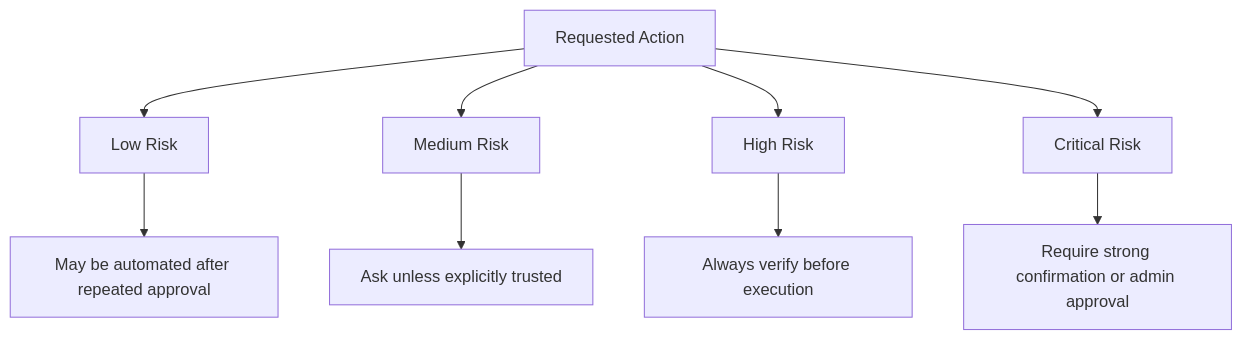
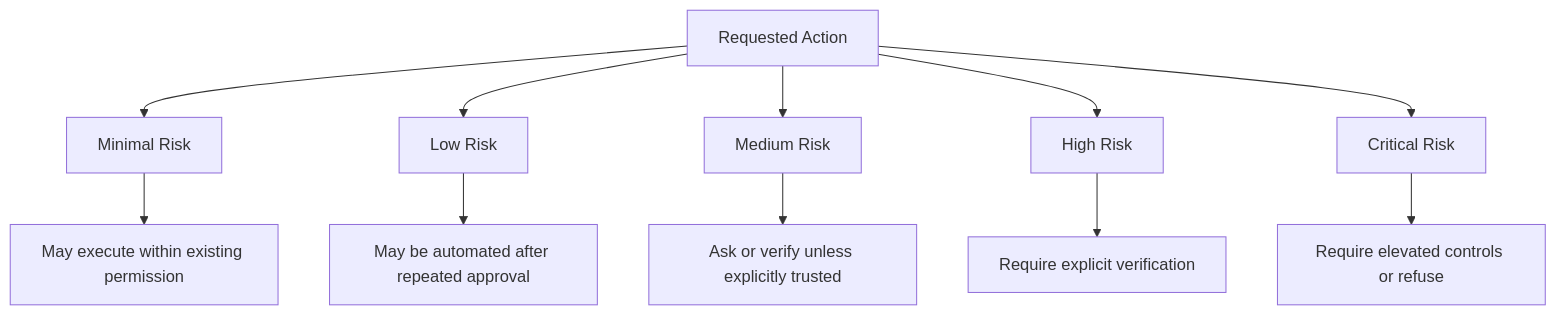
One commit to SinLess-Games/Aerealith changed the third of 5 diagrams in docs/vision/Trust Model.md. Above: the diagram before and after it, drawn with Mermaid. The commit also changed other lines of this file and 1352 other files, not shown here.

````diff
--- a/docs/vision/Trust Model.md
+++ b/docs/vision/Trust Model.md
@@ -130,14 +405,16 @@
 ```mermaid
 flowchart TD
     Action["Requested Action"]
 
+    Action --> Minimal["Minimal Risk"]
     Action --> Low["Low Risk"]
     Action --> Medium["Medium Risk"]
     Action --> High["High Risk"]
     Action --> Critical["Critical Risk"]
 
+    Minimal --> MinimalBehavior["May execute within existing permission"]
     Low --> LowBehavior["May be automated after repeated approval"]
-    Medium --> MediumBehavior["Ask unless explicitly trusted"]
-    High --> HighBehavior["Always verify before execution"]
-    Critical --> CriticalBehavior["Require strong confirmation or admin approval"]
+    Medium --> MediumBehavior["Ask or verify unless explicitly trusted"]
+    High --> HighBehavior["Require explicit verification"]
+    Critical --> CriticalBehavior["Require elevated controls or refuse"]
 ```
````
